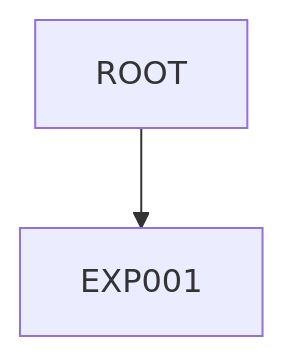
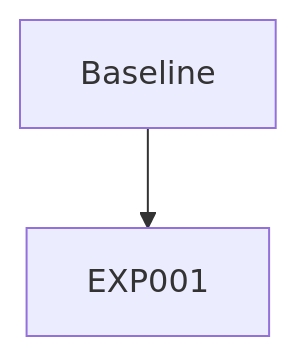
Before and after one commit to AI-hew-math/re-tmp: the diagram in STATUS.md, drawn with Mermaid. The commit also changed other lines of this file and 9 other files, not shown here.

````diff
--- a/STATUS.md
+++ b/STATUS.md
@@ -5,4 +5,4 @@
 ```mermaid
 graph TD
-    ROOT --> EXP001
+    ROOT[Baseline] --> EXP001
 ```
````
